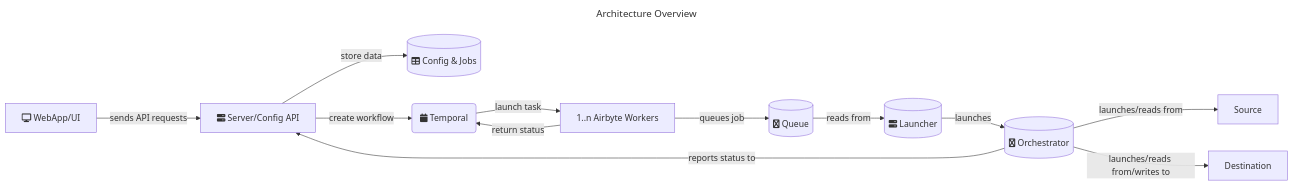
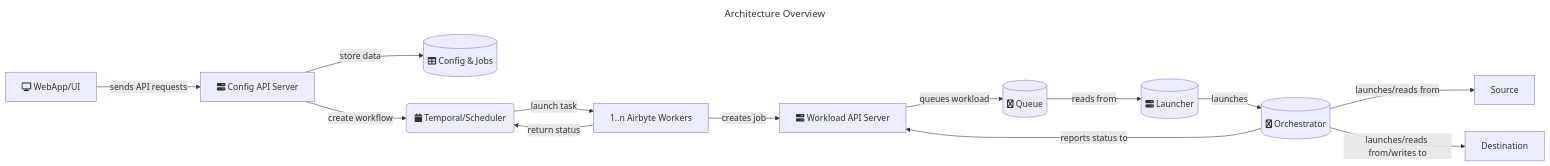
Before and after one commit to airbytehq/airbyte: the diagram in docs/understanding-airbyte/high-level-view.md, drawn with Mermaid. The commit also changed other lines of this file, not shown here.

Commit message:
Better high level diagram.

````diff
--- a/docs/understanding-airbyte/high-level-view.md
+++ b/docs/understanding-airbyte/high-level-view.md
@@ -15,25 +15,28 @@
 ```mermaid
 ---
 title: Architecture Overview
 ---
 flowchart LR
     W[fa:fa-display WebApp/UI]
-    S[fa:fa-server Server/Config API]
+    S[fa:fa-server Config API Server]
     D[(fa:fa-table Config & Jobs)]
     L[(fa:fa-server Launcher)]
     O[(fa:fa-superpowers Orchestrator)]
     Q[(fa:fa-superpowers Queue)]
-    T(fa:fa-calendar Temporal)
+    T(fa:fa-calendar Temporal/Scheduler)
     W2[1..n Airbyte Workers]
+    WL[fa:fa-server Workload API Server]
+    
     W -->|sends API requests| S
     S -->|store data| D
     S -->|create workflow| T
     T -->|launch task| W2
     W2 -->|return status| T
-    W2 -->|queues job| Q
+    W2 -->|creates job| WL
+    WL -->|queues workload| Q
     Q  -->|reads from| L
     L -->|launches| O
     O -->|launches/reads from| Source
     O -->|launches/reads from/writes to| Destination
-    O -->|reports status to|S
+    O -->|reports status to| WL
 ```
````
